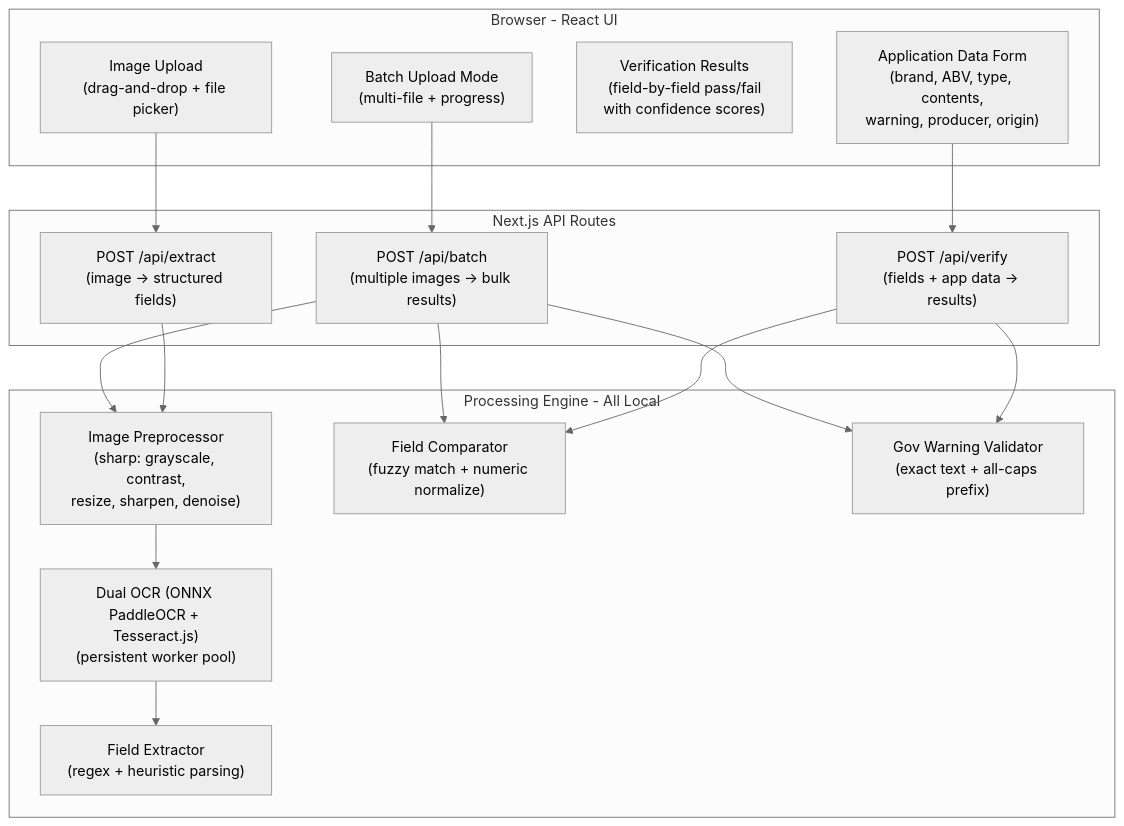
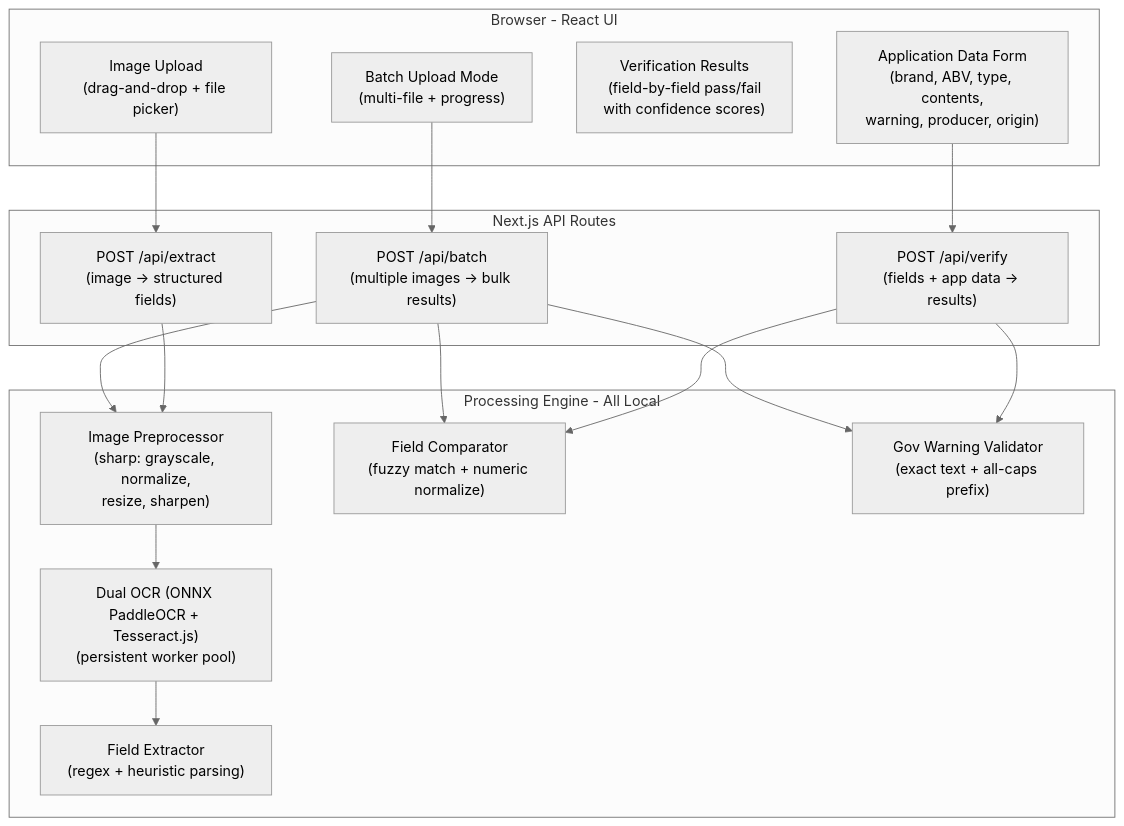
Before and after one commit to Suntek-Solutions/ttbgov: the first of 3 diagrams in docs/ARCHITECTURE.md, drawn with Mermaid (neutral theme). The commit also changed other lines of this file and 18 other files, not shown here.

````diff
--- a/docs/ARCHITECTURE.md
+++ b/docs/ARCHITECTURE.md
@@ -9,35 +9,35 @@
 ```mermaid
 flowchart TB
     subgraph client [Browser - React UI]
         Upload["Image Upload\n(drag-and-drop + file picker)"]
         Form["Application Data Form\n(brand, ABV, type, contents,\nwarning, producer, origin)"]
         Results["Verification Results\n(field-by-field pass/fail\nwith confidence scores)"]
         Batch["Batch Upload Mode\n(multi-file + progress)"]
     end
 
     subgraph server [Next.js API Routes]
         ExtractAPI["POST /api/extract\n(image -> structured fields)"]
         VerifyAPI["POST /api/verify\n(fields + app data -> results)"]
         BatchAPI["POST /api/batch\n(multiple images -> bulk results)"]
     end
 
     subgraph engine [Processing Engine - All Local]
-        Preprocess["Image Preprocessor\n(sharp: grayscale, contrast,\nresize, sharpen, denoise)"]
+        Preprocess["Image Preprocessor\n(sharp: grayscale, normalize,\nresize, sharpen)"]
         OCR["Dual OCR (ONNX PaddleOCR + Tesseract.js)\n(persistent worker pool)"]
         FieldParser["Field Extractor\n(regex + heuristic parsing)"]
         Comparator["Field Comparator\n(fuzzy match + numeric normalize)"]
         WarningCheck["Gov Warning Validator\n(exact text + all-caps prefix)"]
     end
 
     Upload --> ExtractAPI
     Form --> VerifyAPI
     Batch --> BatchAPI
 
     ExtractAPI --> Preprocess --> OCR --> FieldParser
     VerifyAPI --> Comparator
     VerifyAPI --> WarningCheck
 
     BatchAPI --> Preprocess
     BatchAPI --> Comparator
     BatchAPI --> WarningCheck
 ```
````
